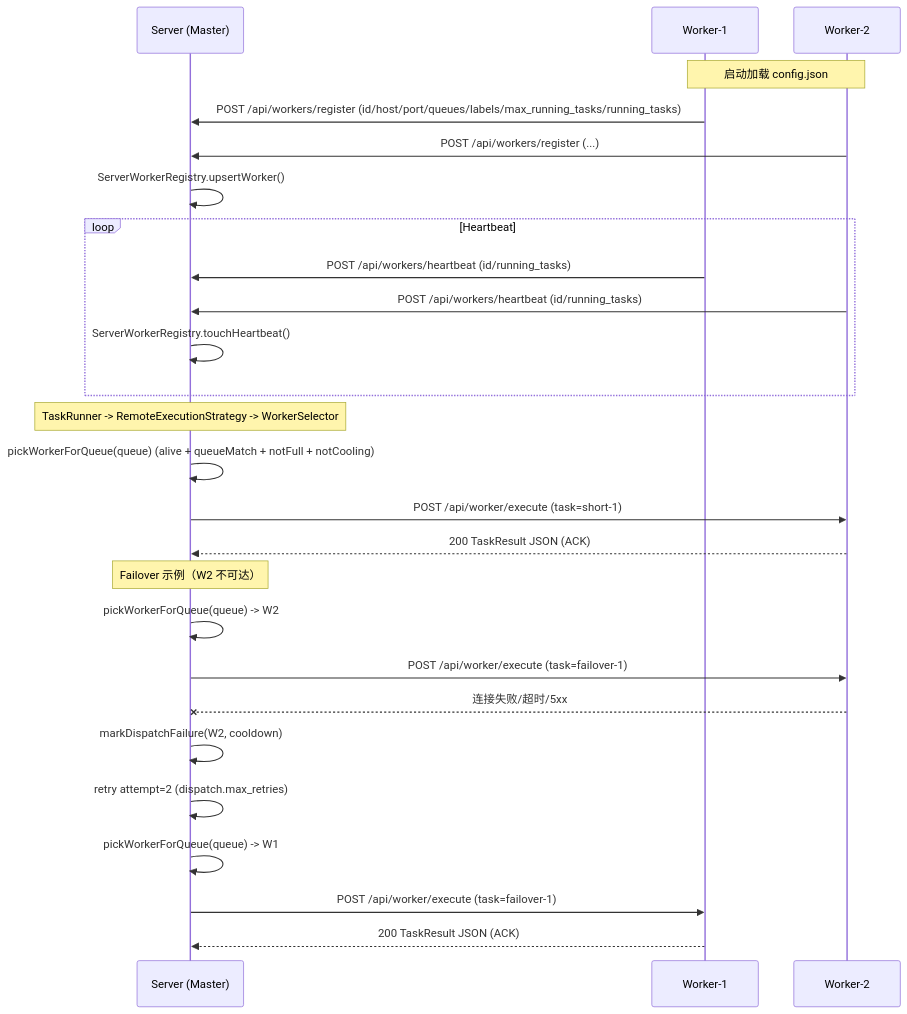
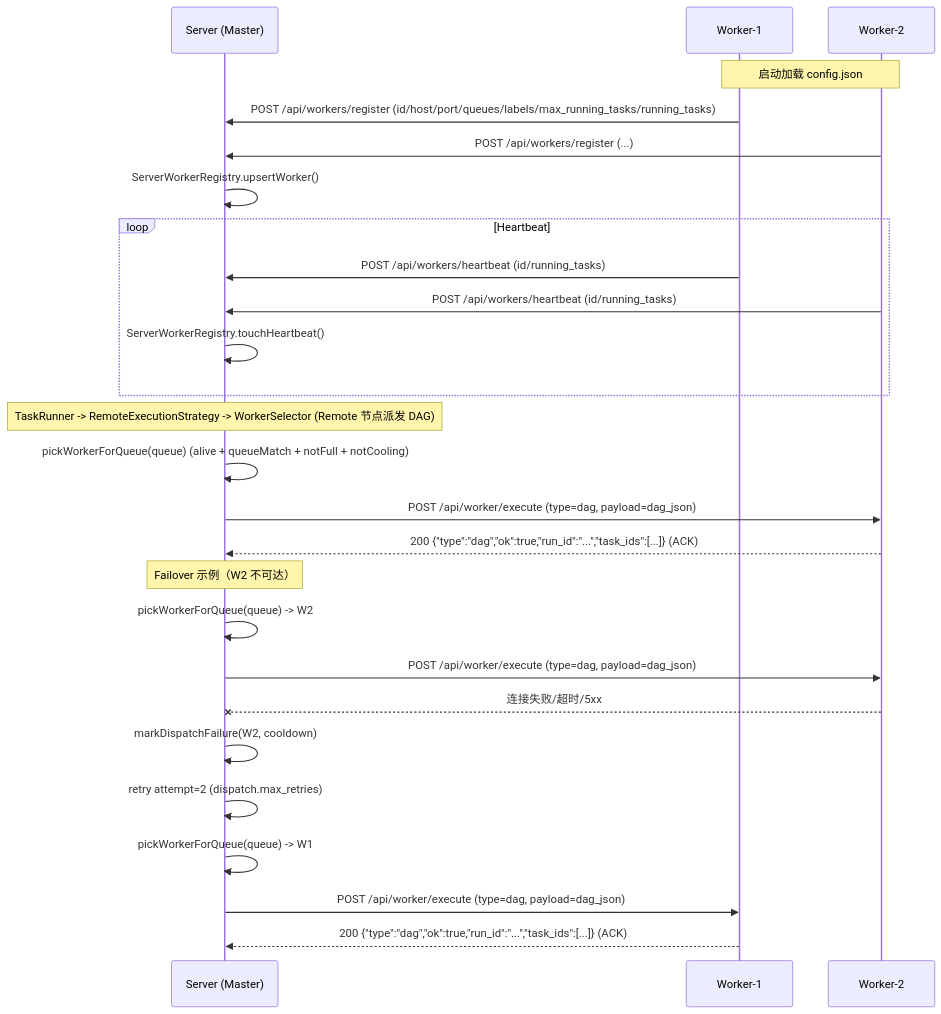
Before and after one commit to MR-CCY/TaskHub: the diagram in README.md, drawn with Mermaid. The commit also changed other lines of this file and 27 other files, not shown here.

````diff
--- a/README.md
+++ b/README.md
@@ -14,34 +14,34 @@
 ```mermaid
 sequenceDiagram
     participant S as Server (Master)
     participant W1 as Worker-1
     participant W2 as Worker-2
 
     Note over W1,W2: 启动加载 config.json
 
     W1->>S: POST /api/workers/register (id/host/port/queues/labels/max_running_tasks/running_tasks)
     W2->>S: POST /api/workers/register (...)
     S->>S: ServerWorkerRegistry.upsertWorker()
 
     loop Heartbeat
         W1->>S: POST /api/workers/heartbeat (id/running_tasks)
         W2->>S: POST /api/workers/heartbeat (id/running_tasks)
         S->>S: ServerWorkerRegistry.touchHeartbeat()
     end
 
-    Note over S: TaskRunner -> RemoteExecutionStrategy -> WorkerSelector
+    Note over S: TaskRunner -> RemoteExecutionStrategy -> WorkerSelector (Remote 节点派发 DAG)
 
     S->>S: pickWorkerForQueue(queue) (alive + queueMatch + notFull + notCooling)
-    S->>W2: POST /api/worker/execute (task=short-1)
-    W2-->>S: 200 TaskResult JSON (ACK)
+    S->>W2: POST /api/worker/execute (type=dag, payload=dag_json)
+    W2-->>S: 200 {"type":"dag","ok":true,"run_id":"...","task_ids":[...]} (ACK)
 
     Note over S: Failover 示例（W2 不可达）
     S->>S: pickWorkerForQueue(queue) -> W2
-    S->>W2: POST /api/worker/execute (task=failover-1)
+    S->>W2: POST /api/worker/execute (type=dag, payload=dag_json)
     W2--x S: 连接失败/超时/5xx
     S->>S: markDispatchFailure(W2, cooldown)
     S->>S: retry attempt=2 (dispatch.max_retries)
     S->>S: pickWorkerForQueue(queue) -> W1
-    S->>W1: POST /api/worker/execute (task=failover-1)
-    W1-->>S: 200 TaskResult JSON (ACK)
+    S->>W1: POST /api/worker/execute (type=dag, payload=dag_json)
+    W1-->>S: 200 {"type":"dag","ok":true,"run_id":"...","task_ids":[...]} (ACK)
 ```
````
